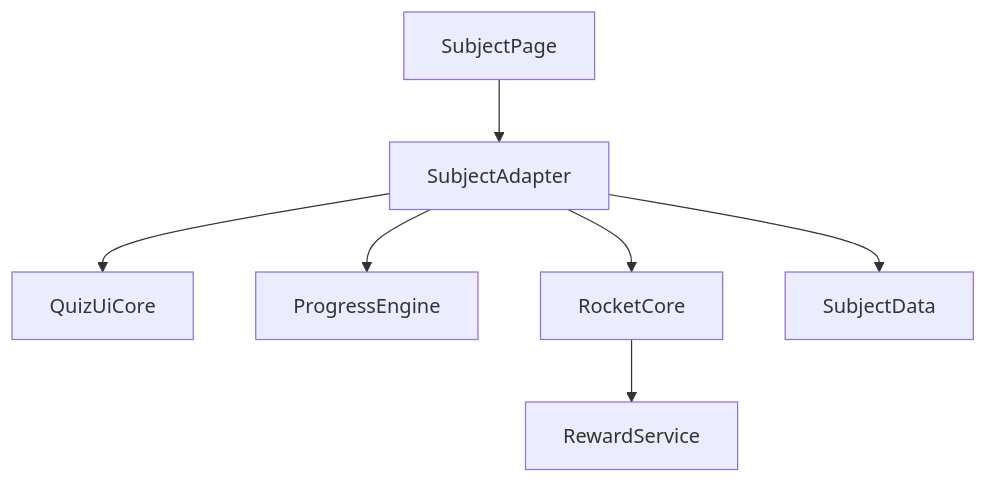
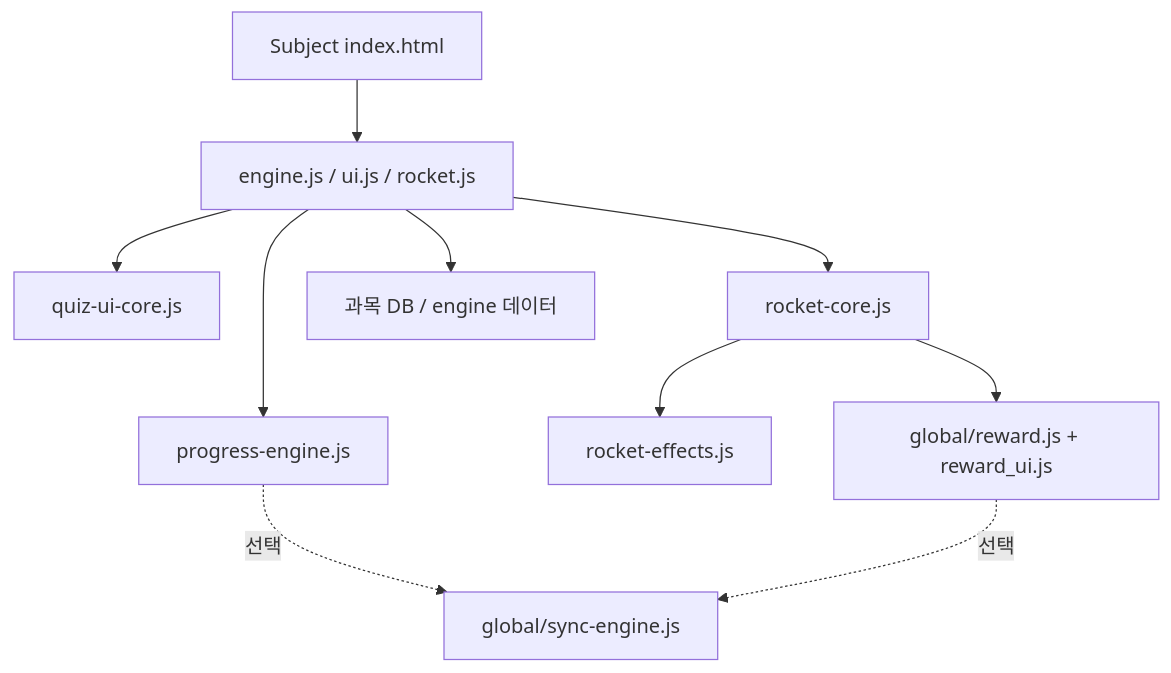
One commit to savior714/game changed the diagram in docs/shared_logic_separation_audit.md. Above: the diagram before and after it, drawn with Mermaid. The commit also changed other lines of this file and 17 other files, not shown here.

````diff
--- a/docs/shared_logic_separation_audit.md
+++ b/docs/shared_logic_separation_audit.md
@@ -106,17 +52,22 @@
 ```mermaid
 flowchart TD
-  subjectPage[SubjectPage]
-  subjectAdapter[SubjectAdapter]
-  quizUiCore[QuizUiCore]
-  progressEngine[ProgressEngine]
-  rocketCore[RocketCore]
-  rewardService[RewardService]
-  subjectData[SubjectData]
+  subjectPage[Subject index.html]
+  subjectAdapter[engine.js / ui.js / rocket.js]
+  quizUiCore[quiz-ui-core.js]
+  progressEngine[progress-engine.js]
+  rocketCore[rocket-core.js]
+  rocketEffects[rocket-effects.js]
+  rewardSvc[global/reward.js + reward_ui.js]
+  syncEngine[global/sync-engine.js]
+  subjectData[과목 DB / engine 데이터]
 
   subjectPage --> subjectAdapter
   subjectAdapter --> quizUiCore
   subjectAdapter --> progressEngine
   subjectAdapter --> rocketCore
+  rocketCore --> rocketEffects
   subjectAdapter --> subjectData
-  rocketCore --> rewardService
+  rocketCore --> rewardSvc
+  progressEngine -. 선택 .-> syncEngine
+  rewardSvc -. 선택 .-> syncEngine
 ```
````
